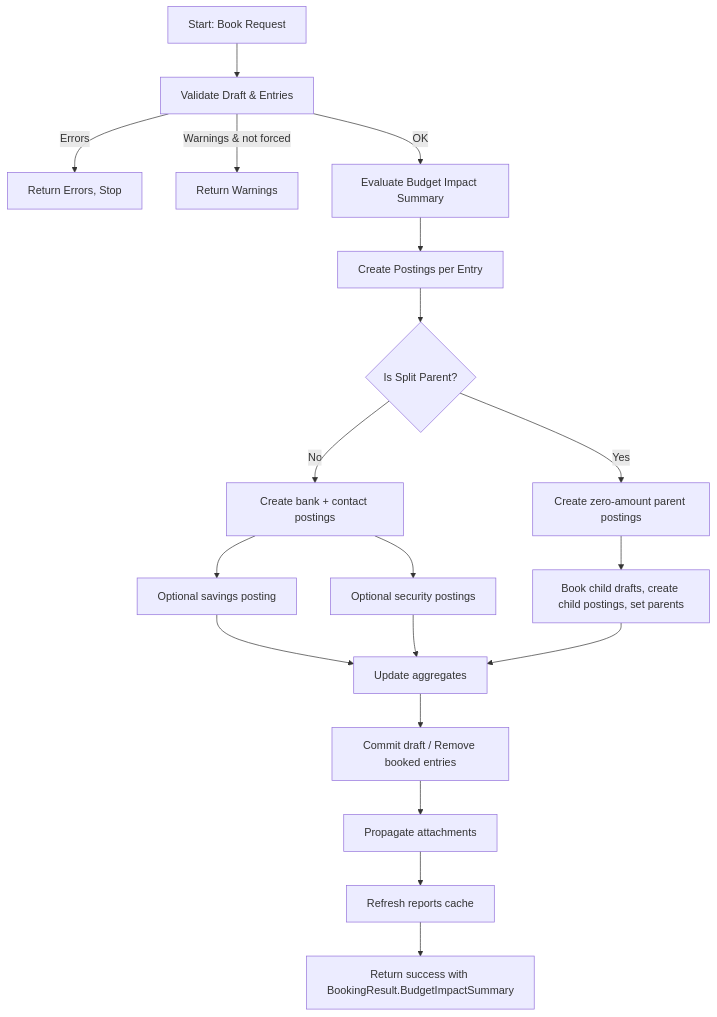
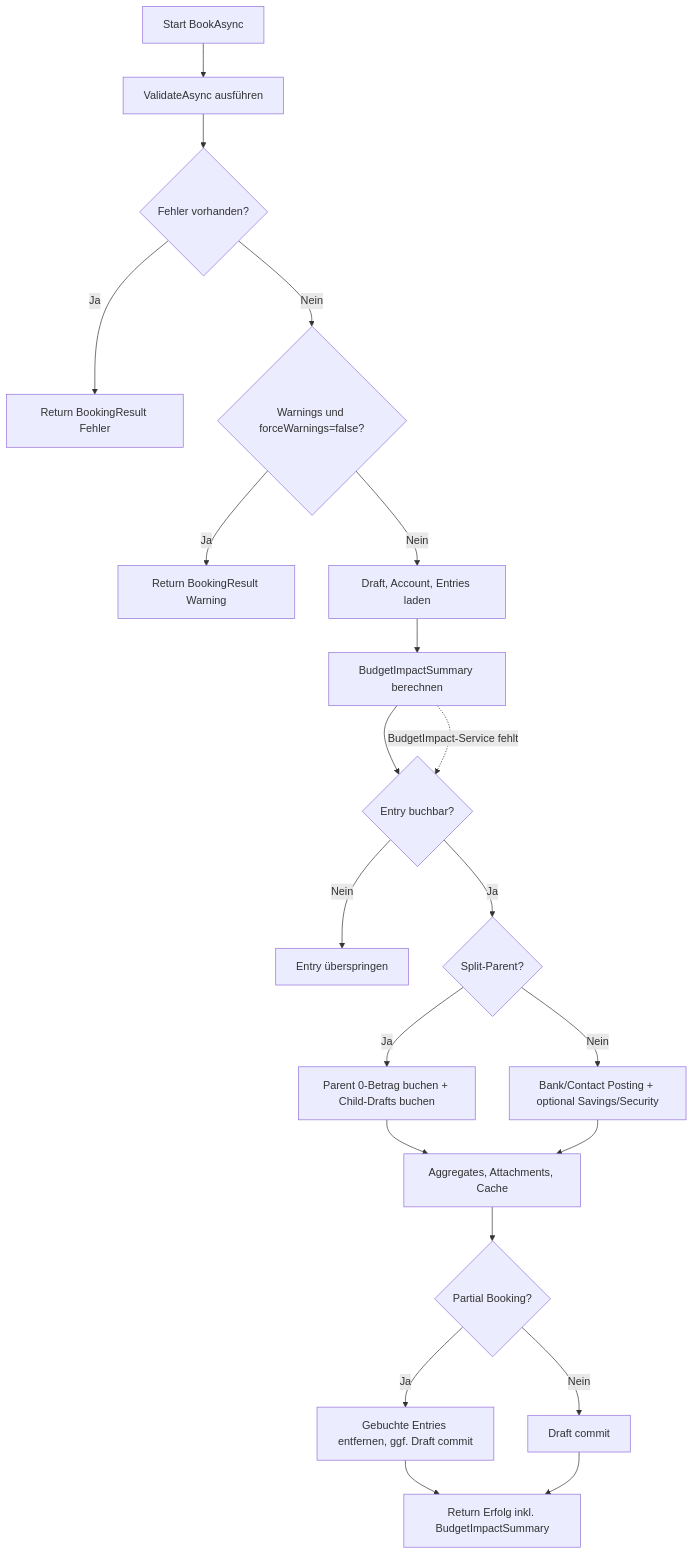
The diagram in docs/flows/statement-draft-booking.md (martin-stromberg/FinanceManager), drawn with Mermaid before and after one commit. The commit also changed other lines of this file and 49 other files, not shown here.

````diff
--- a/docs/flows/statement-draft-booking.md
+++ b/docs/flows/statement-draft-booking.md
@@ -7,21 +9,23 @@
 ```mermaid
 flowchart TD
-  A[Start: Book Request] --> B[Validate Draft & Entries]
-  B --> |Errors| C[Return Errors, Stop]
-  B --> |Warnings & not forced| D[Return Warnings]
-  B --> |OK| E[Evaluate Budget Impact Summary]
-  E --> F[Create Postings per Entry]
-  F --> G{Is Split Parent?}
-  G --> |Yes| H[Create zero-amount parent postings]
-  H --> I[Book child drafts, create child postings, set parents]
-  G --> |No| J[Create bank + contact postings]
-  J --> K[Optional savings posting]
-  J --> L[Optional security postings]
-  K --> M[Update aggregates]
-  L --> M
-  I --> M
-  M --> N[Commit draft / Remove booked entries]
-  N --> O[Propagate attachments]
-  O --> P[Refresh reports cache]
-  P --> Q[Return success with BookingResult.BudgetImpactSummary]
+  A[Start BookAsync] --> B[ValidateAsync ausführen]
+  B --> C{Fehler vorhanden?}
+  C -- Ja --> R[Return BookingResult Fehler]
+  C -- Nein --> D{Warnings und forceWarnings=false?}
+  D -- Ja --> S[Return BookingResult Warning]
+  D -- Nein --> E[Draft, Account, Entries laden]
+  E --> F[BudgetImpactSummary berechnen]
+  F --> G{Entry buchbar?}
+  G -- Nein --> H[Entry überspringen]
+  G -- Ja --> I{Split-Parent?}
+  I -- Ja --> J[Parent 0-Betrag buchen + Child-Drafts buchen]
+  I -- Nein --> K[Bank/Contact Posting + optional Savings/Security]
+  J --> L[Aggregates, Attachments, Cache]
+  K --> L
+  L --> M{Partial Booking?}
+  M -- Ja --> N[Gebuchte Entries entfernen, ggf. Draft commit]
+  M -- Nein --> O[Draft commit]
+  N --> P[Return Erfolg inkl. BudgetImpactSummary]
+  O --> P
+  F -. BudgetImpact-Service fehlt .-> G
 ```
````
